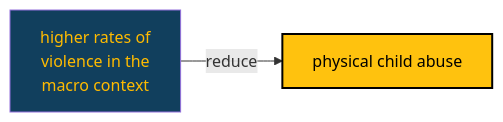
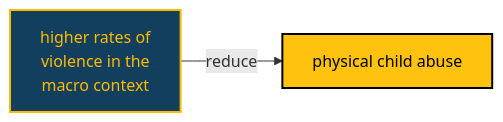
The diagram in MICSPLUS/diagram.md (agrogan1/research), drawn with Mermaid before and after one commit.

````diff
--- a/MICSPLUS/diagram.md
+++ b/MICSPLUS/diagram.md
@@ -1,18 +1,18 @@
 ```mermaid
 
 flowchart LR
 
   classDef yellow fill:#FFC20E,stroke:#000000,stroke-width:2px,color:#000000;
   
   classDef cyan fill:#1CABE2,stroke:#000000,stroke-width:2px,color:#FFFFFF;
   
   classDef red fill:#E2231A,stroke:#000000,stroke-width:2px,color:#FFFFFF;
   
   classDef orange fill:#F26A21,stroke:#000000,stroke-width:2px,color:#FFFFFF;
 
-  classDef tidal fill:#113f5d,color:#FFBB00
+  classDef tidal fill:#113f5d,color:#FFBB00,stroke:#FFBB00,stroke-width:2px
   
   macroviolence[higher rates of \nviolence in the \nmacro context]:::tidal --> |"reduce"| pabuse[physical child abuse]:::yellow
 
 
 ```
````
